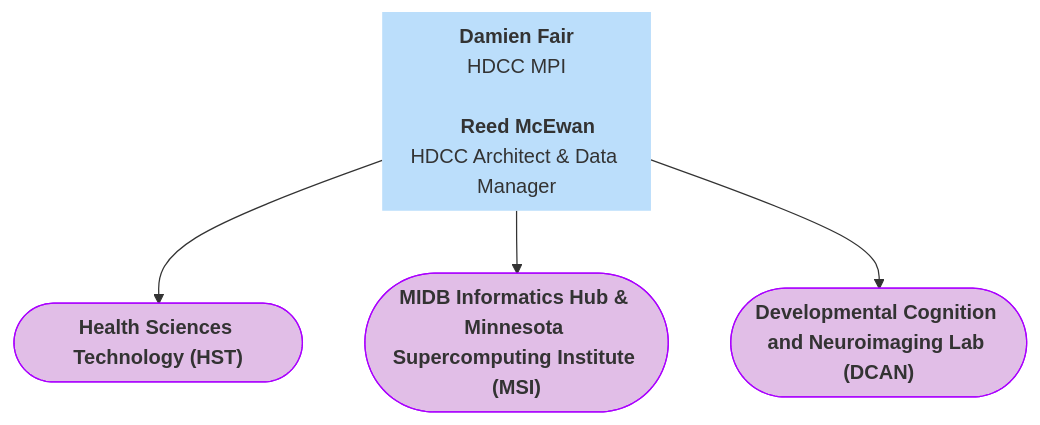
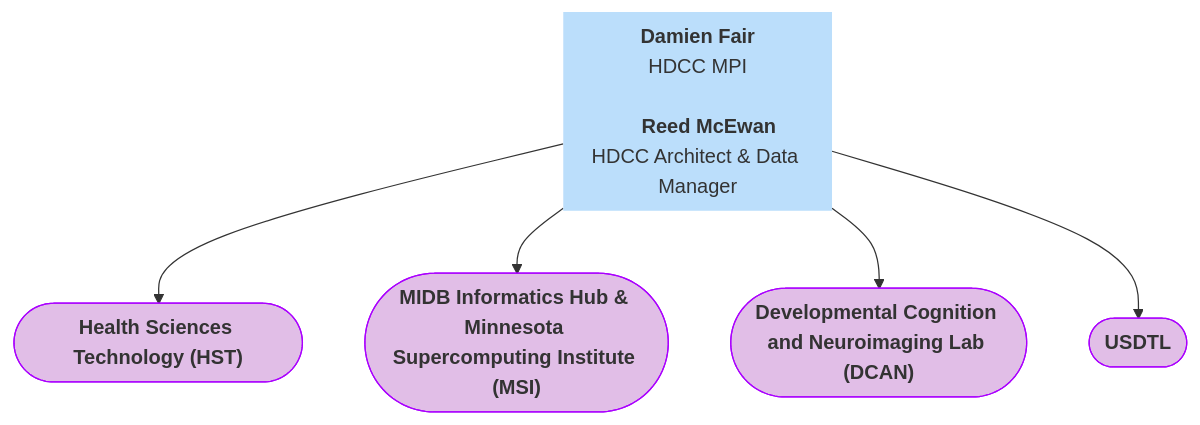
One commit to DCAN-Labs/hbcd-docs-internal changed the fourth of 5 diagrams in docs/orgcharts.md. Above: the diagram before and after it, drawn with Mermaid. The commit also changed other lines of this file, not shown here.

````diff
--- a/docs/orgcharts.md
+++ b/docs/orgcharts.md
@@ -343,17 +346,18 @@
 ```mermaid
 ---
 config:
   layout: dagre
 ---
 flowchart TB
     A1["<b>Damien Fair</b><br>HDCC MPI<br>
-    <b>Reed McEwan</b><br>HDCC Architect &amp; Data Manager"] --> HST(["<b>Health Sciences Technology (HST)</b><br>"]) & MIDB(["<b>MIDB Informatics Hub &amp; Minnesota Supercomputing Institute (MSI)</b><br>"]) & DCAN(["<b>Developmental Cognition and Neuroimaging Lab (DCAN)</b>"])
+    <b>Reed McEwan</b><br>HDCC Architect &amp; Data Manager"] --> HST(["<b>Health Sciences Technology (HST)</b><br>"]) & MIDB(["<b>MIDB Informatics Hub &amp; Minnesota Supercomputing Institute (MSI)</b><br>"]) & DCAN(["<b>Developmental Cognition and Neuroimaging Lab (DCAN)</b>"]) & USDTL(["<b>USDTL</b>"])
     A1@{ shape: text}
     style A1 fill:#BBDEFB
     style HST fill:#E1BEE7,stroke:#AA00FF
+    style MIDB fill:#E1BEE7,stroke:#AA00FF
     style DCAN fill:#E1BEE7,stroke:#AA00FF
-    style MIDB fill:#E1BEE7,stroke:#AA00FF
+    style USDTL fill:#E1BEE7,stroke:#AA00FF
     click HST "#health-sciences-technology-hst"
     click MIDB "#masonic-institute-for-the-developing-brain-midb-informatics-hub"
     click DCAN "#dcan-lab"
 ```
````
